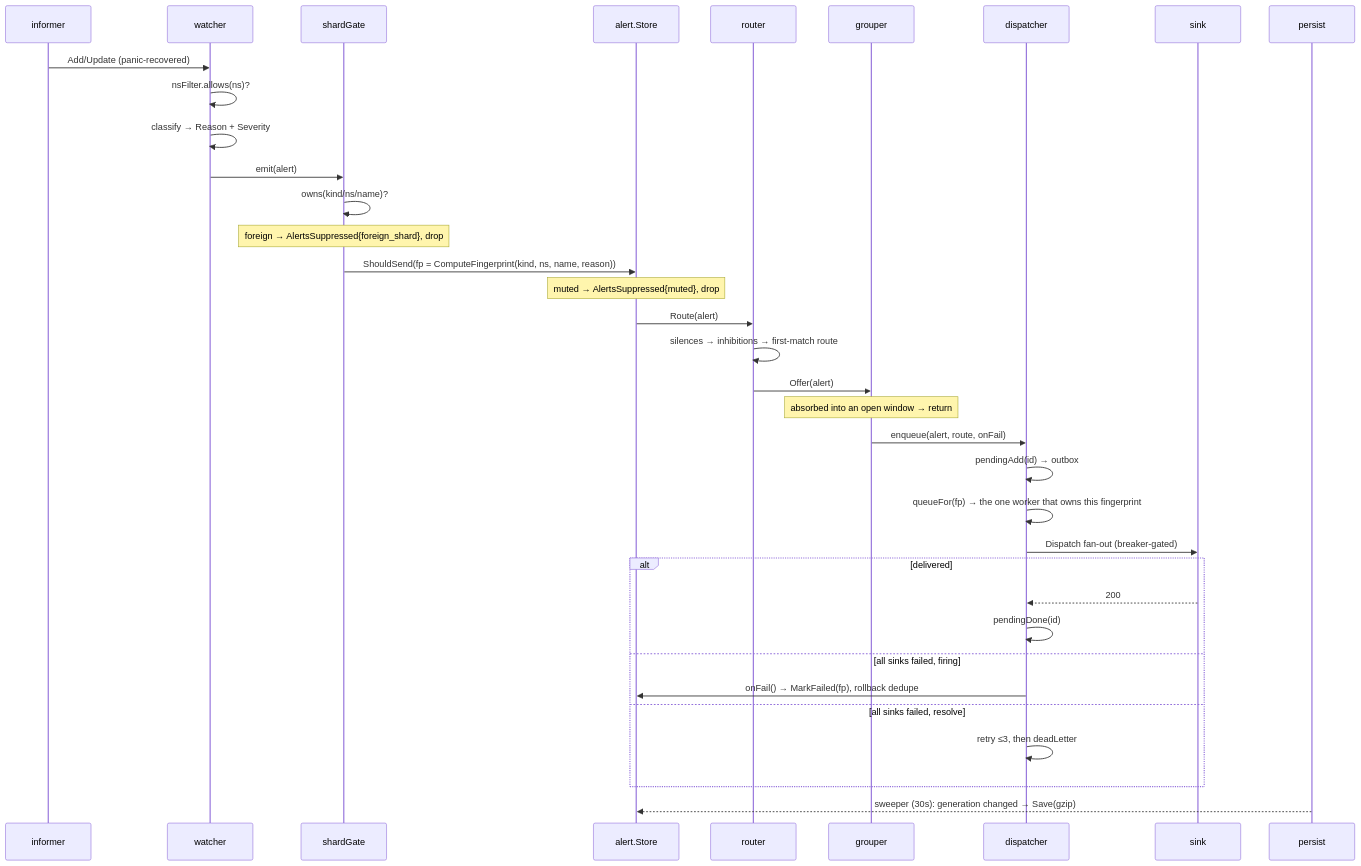
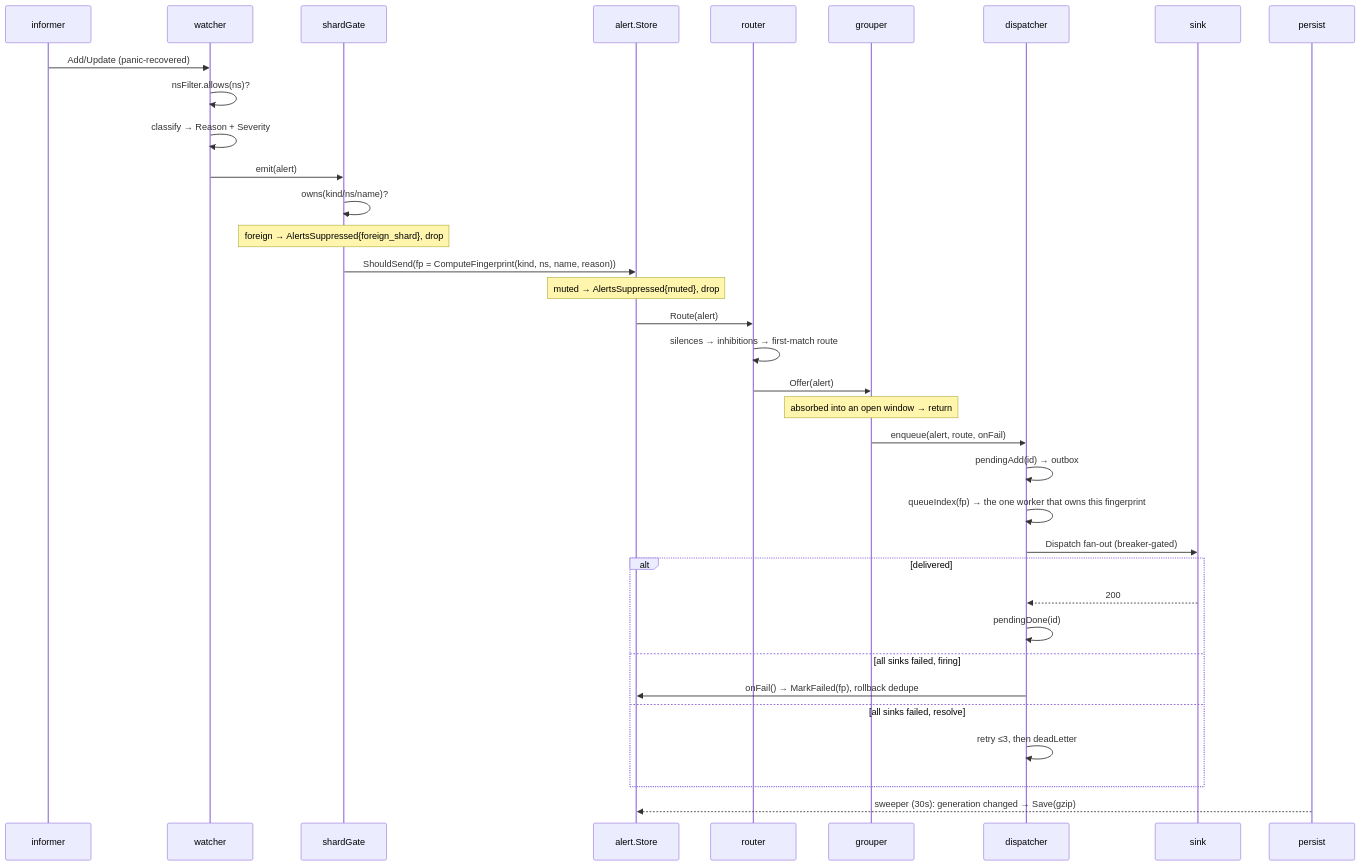
One commit to aryasoni98/alertkube changed the third of 6 diagrams in docs/docs/architecture.md. Above: the diagram before and after it, drawn with Mermaid. The commit also changed 22 other files, not shown here.

````diff
--- a/docs/docs/architecture.md
+++ b/docs/docs/architecture.md
@@ -136,38 +136,38 @@
 ```mermaid
 sequenceDiagram
     participant I as informer
     participant WA as watcher
     participant SG as shardGate
     participant ST as alert.Store
     participant RT as router
     participant GR as grouper
     participant D as dispatcher
     participant SK as sink
     participant P as persist
 
     I->>WA: Add/Update (panic-recovered)
     WA->>WA: nsFilter.allows(ns)?
     WA->>WA: classify → Reason + Severity
     WA->>SG: emit(alert)
     SG->>SG: owns(kind/ns/name)?
     Note over SG: foreign → AlertsSuppressed{foreign_shard}, drop
     SG->>ST: ShouldSend(fp = ComputeFingerprint(kind, ns, name, reason))
     Note over ST: muted → AlertsSuppressed{muted}, drop
     ST->>RT: Route(alert)
     RT->>RT: silences → inhibitions → first-match route
     RT->>GR: Offer(alert)
     Note over GR: absorbed into an open window → return
     GR->>D: enqueue(alert, route, onFail)
     D->>D: pendingAdd(id) → outbox
-    D->>D: queueFor(fp) → the one worker that owns this fingerprint
+    D->>D: queueIndex(fp) → the one worker that owns this fingerprint
     D->>SK: Dispatch fan-out (breaker-gated)
     alt delivered
         SK-->>D: 200
         D->>D: pendingDone(id)
     else all sinks failed, firing
         D->>ST: onFail() → MarkFailed(fp), rollback dedupe
     else all sinks failed, resolve
         D->>D: retry ≤3, then deadLetter
     end
     P-->>ST: sweeper (30s): generation changed → Save(gzip)
 ```
````
